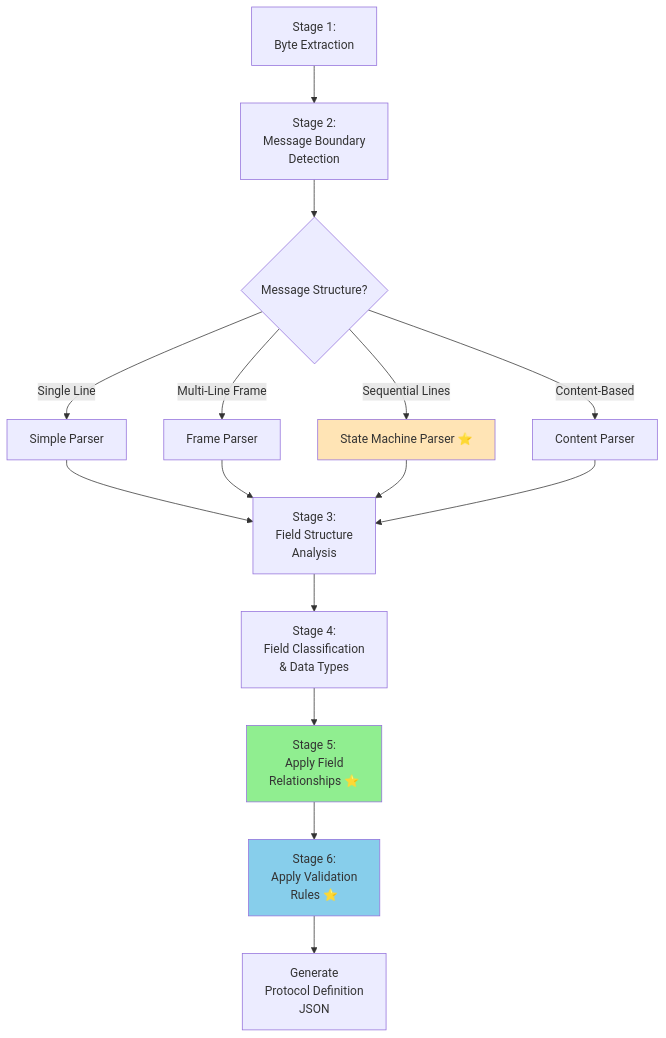
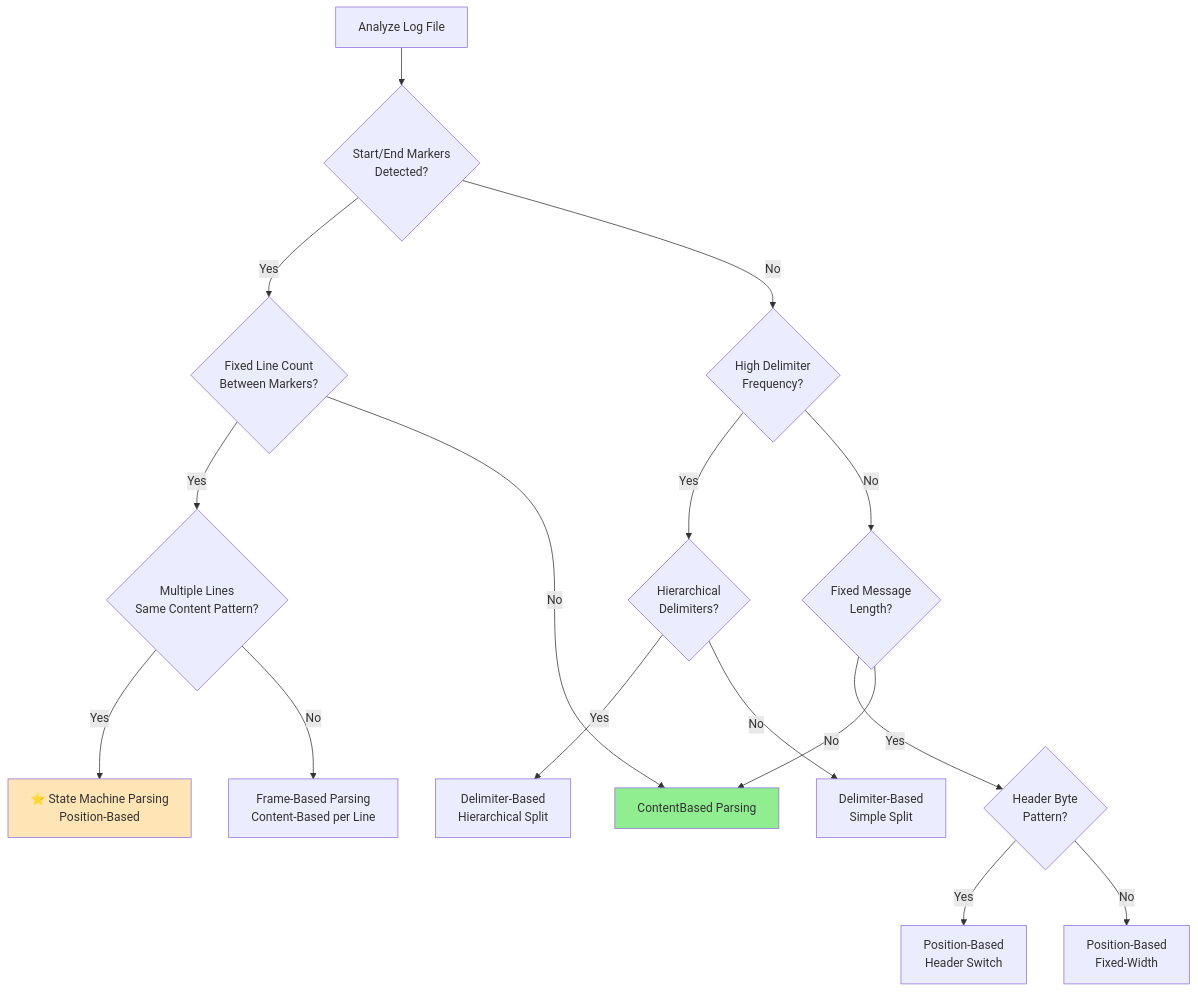
One commit to chumpon-asaneerat/NSerialCommTools changed the seventh of 7 diagrams in Documents/ModernDesign/03-Parsing-Strategy-Analysis.md. Above: the diagram before and after it, drawn with Mermaid. The commit also changed other lines of this file and 1 other file, not shown here.

First line of the commit message:
Consolidate parsing strategy documents and remove duplicate files

````diff
--- a/Documents/ModernDesign/03-Parsing-Strategy-Analysis.md
+++ b/Documents/ModernDesign/03-Parsing-Strategy-Analysis.md
@@ -825,28 +1392,28 @@
 ```mermaid
 flowchart TD
-    A[Stage 1:<br/>Byte Extraction] --> B[Stage 2:<br/>Message Boundary<br/>Detection]
+    A[Analyze Log File] --> B{Start/End Markers<br/>Detected?}
 
-    B --> C{Message Structure?}
+    B -->|Yes| C{Fixed Line Count<br/>Between Markers?}
+    B -->|No| D{High Delimiter<br/>Frequency?}
 
-    C -->|Single Line| D1[Simple Parser]
-    C -->|Multi-Line Frame| D2[Frame Parser]
-    C -->|Sequential Lines| D3[State Machine Parser ⭐]
-    C -->|Content-Based| D4[Content Parser]
+    C -->|Yes| E{Multiple Lines<br/>Same Content Pattern?}
+    C -->|No| F[ContentBased Parsing]
 
-    D1 --> E[Stage 3:<br/>Field Structure<br/>Analysis]
-    D2 --> E
-    D3 --> E
-    D4 --> E
+    E -->|Yes| G[⭐ State Machine Parsing<br/>Position-Based]
+    E -->|No| H[Frame-Based Parsing<br/>Content-Based per Line]
 
-    E --> F[Stage 4:<br/>Field Classification<br/>& Data Types]
+    D -->|Yes| I{Hierarchical<br/>Delimiters?}
+    D -->|No| J{Fixed Message<br/>Length?}
 
-    F --> G[Stage 5:<br/>Apply Field<br/>Relationships ⭐]
+    I -->|Yes| K[Delimiter-Based<br/>Hierarchical Split]
+    I -->|No| L[Delimiter-Based<br/>Simple Split]
 
-    G --> H[Stage 6:<br/>Apply Validation<br/>Rules ⭐]
+    J -->|Yes| M{Header Byte<br/>Pattern?}
+    J -->|No| F
 
-    H --> I[Generate<br/>Protocol Definition<br/>JSON]
+    M -->|Yes| N[Position-Based<br/>Header Switch]
+    M -->|No| O[Position-Based<br/>Fixed-Width]
 
-    style D3 fill:#FFE4B5
-    style G fill:#90EE90
-    style H fill:#87CEEB
+    style G fill:#FFE4B5
+    style F fill:#90EE90
 ```
````
